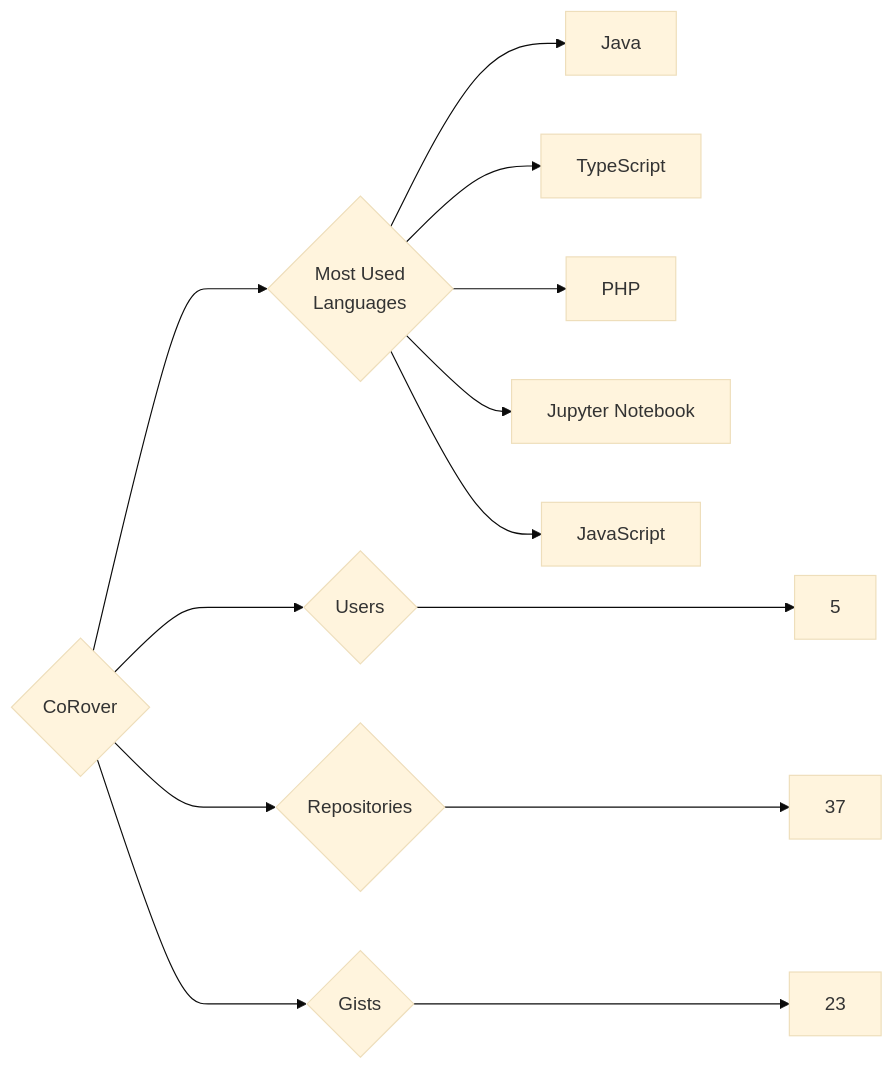
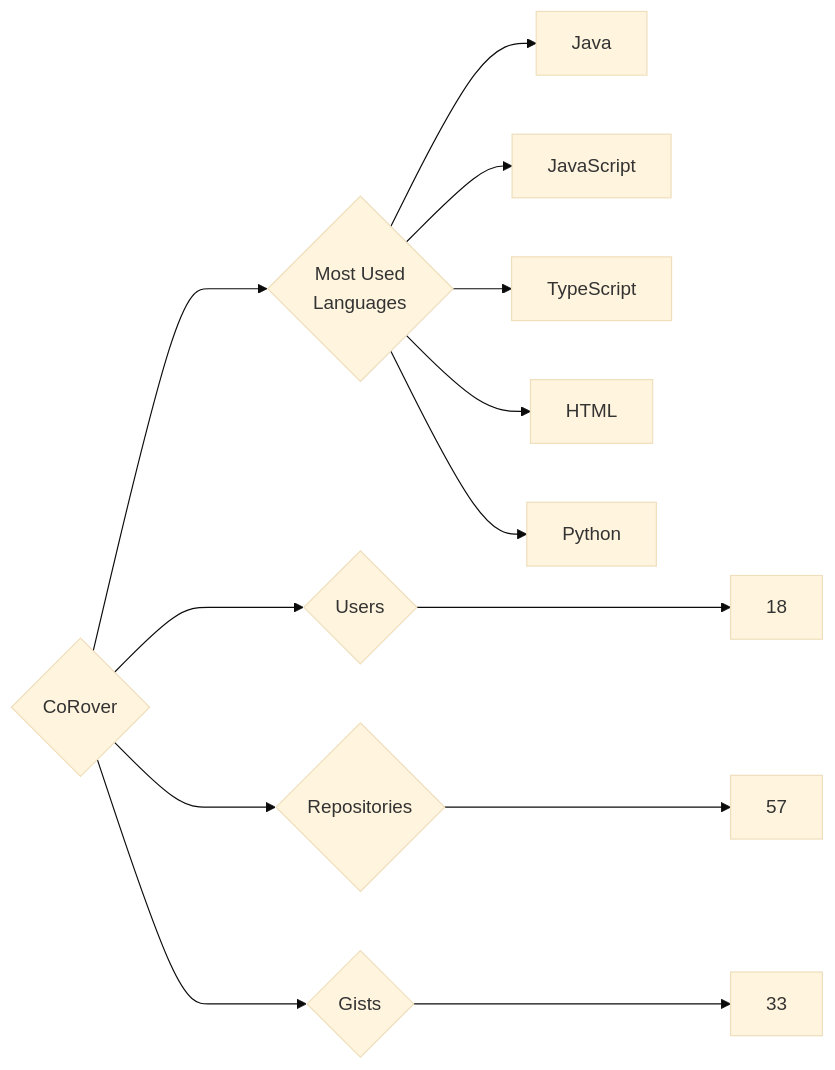
The diagram in targets/CoRover/README.md (trickest/insiders), drawn with Mermaid (base theme) before and after one commit. The commit also changed 1314 other files, not shown here.

````diff
--- a/targets/CoRover/README.md
+++ b/targets/CoRover/README.md
@@ -3,13 +3,13 @@
 ```mermaid
 graph LR
 COMPANY_NAME{CoRover}
-COMPANY_NAME ---> U{Users} ---> UN[5]
-COMPANY_NAME ---> R{Repositories} ---> RN[37]
-COMPANY_NAME ---> G{Gists} ---> GN[23]
+COMPANY_NAME ---> U{Users} ---> UN[18]
+COMPANY_NAME ---> R{Repositories} ---> RN[57]
+COMPANY_NAME ---> G{Gists} ---> GN[33]
 COMPANY_NAME ---> ML{Most Used<br>Languages}
 ML --> Java[Java]
+ML --> JavaScript[JavaScript]
 ML --> TypeScript[TypeScript]
-ML --> PHP[PHP]
-ML --> Jupyter_Notebook[Jupyter Notebook]
-ML --> JavaScript[JavaScript]
+ML --> HTML[HTML]
+ML --> Python[Python]
 ```
````
